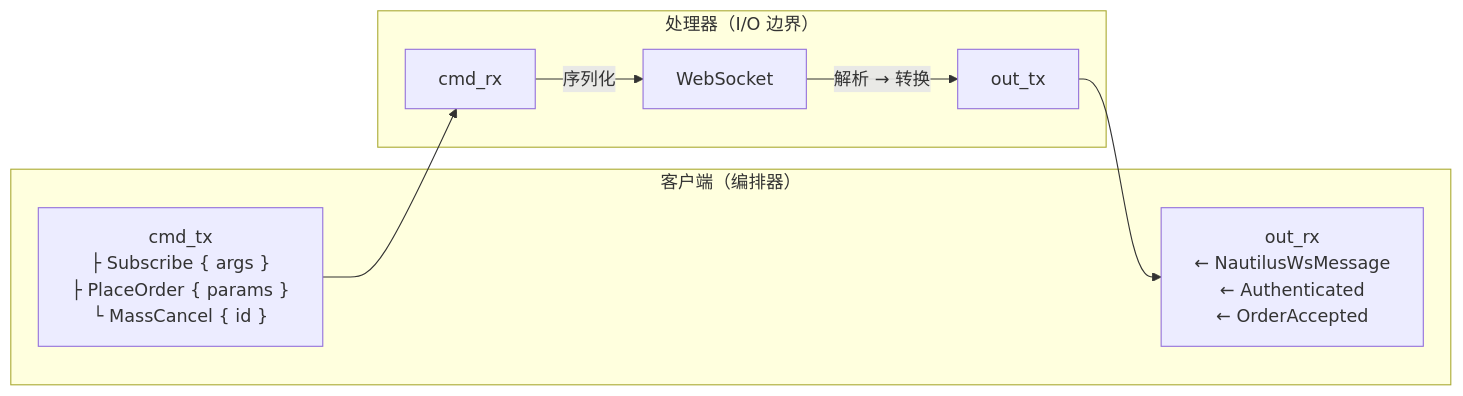
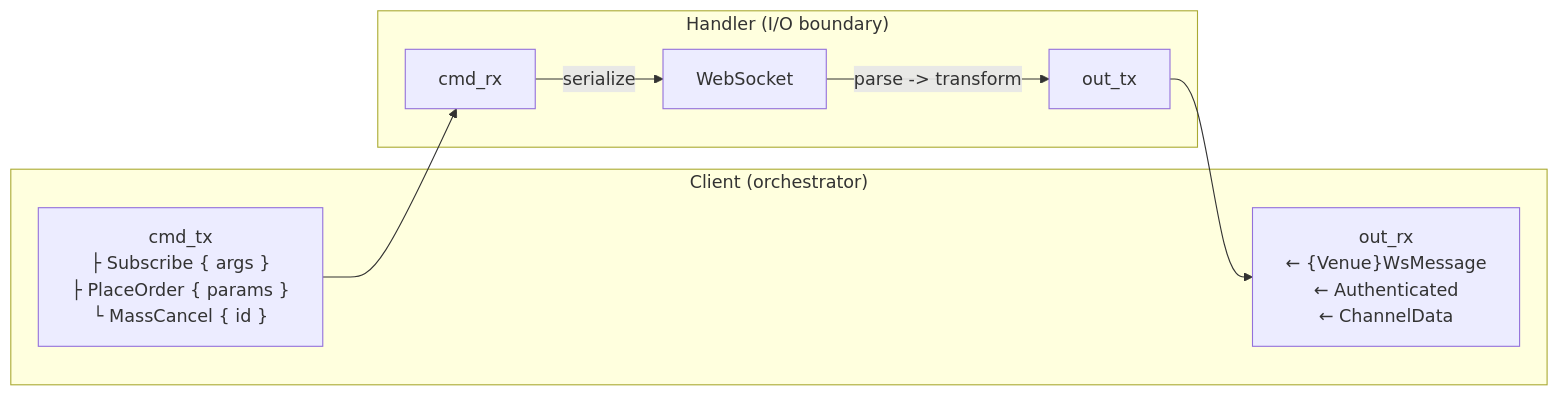
Before and after one commit to wukai9203/nautilus_trader: the diagram in docs_zh/developer_guide/adapters.md, drawn with Mermaid. The commit also changed other lines of this file and 101 other files, not shown here.

````diff
--- a/docs_zh/developer_guide/adapters.md
+++ b/docs_zh/developer_guide/adapters.md
@@ -503,18 +805,18 @@
 ```mermaid
 flowchart LR
-    subgraph client["客户端（编排器）"]
+    subgraph client["Client (orchestrator)"]
         cmd_tx["cmd_tx<br/>├ Subscribe { args }<br/>├ PlaceOrder { params }<br/>└ MassCancel { id }"]
-        out_rx["out_rx<br/>← NautilusWsMessage<br/>← Authenticated<br/>← OrderAccepted"]
+        out_rx["out_rx<br/>← {Venue}WsMessage<br/>← Authenticated<br/>← ChannelData"]
     end
 
-    subgraph handler["处理器（I/O 边界）"]
+    subgraph handler["Handler (I/O boundary)"]
         cmd_rx[cmd_rx]
         out_tx[out_tx]
         ws[WebSocket]
     end
 
     cmd_tx --> cmd_rx
-    cmd_rx -->|"序列化"| ws
-    ws -->|"解析 → 转换"| out_tx
+    cmd_rx -->|"serialize"| ws
+    ws -->|"parse -> transform"| out_tx
     out_tx --> out_rx
 ```
````
